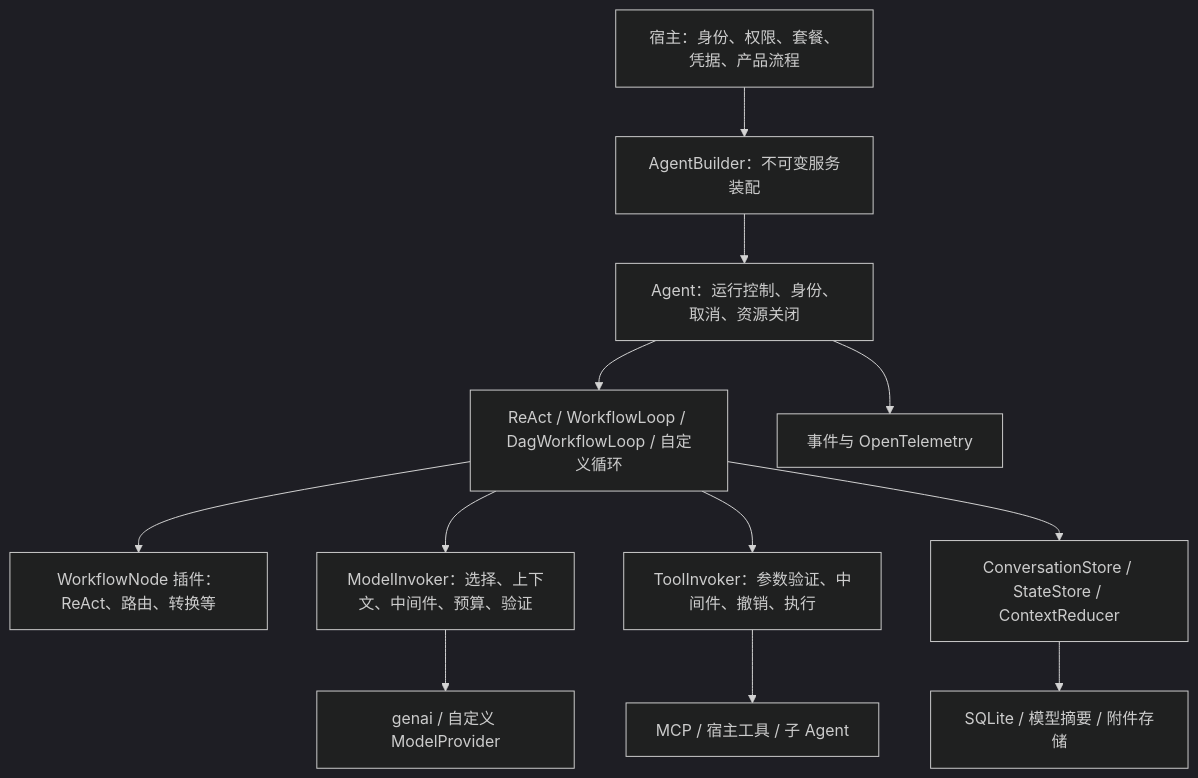
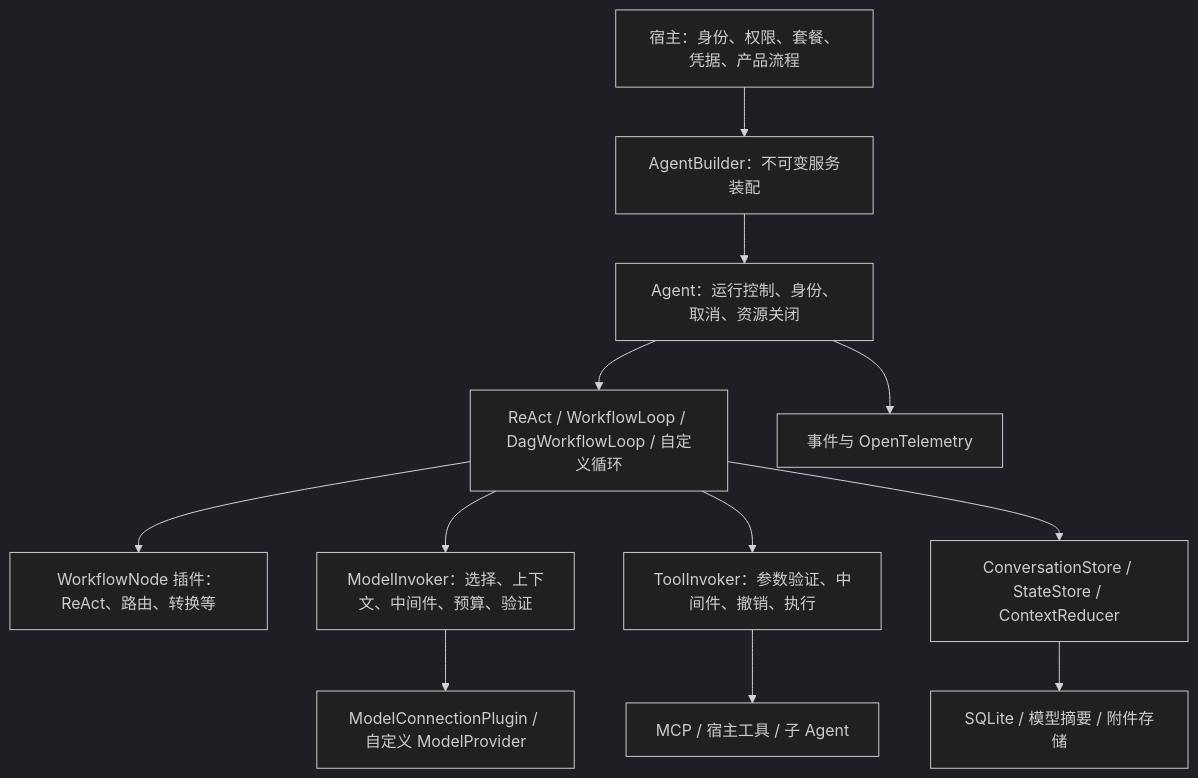
One commit to Penglai-Link/eliteforge-agent-framework changed the diagram in README.md. Above: the diagram before and after it, drawn with Mermaid (dark theme). The commit also changed other lines of this file and 4 other files, not shown here.

Commit message:
docs: clarify architecture and plugin usage

````diff
--- a/README.md
+++ b/README.md
@@ -5,14 +5,14 @@
 ```mermaid
 flowchart TD
     Host[宿主：身份、权限、套餐、凭据、产品流程] --> Build[AgentBuilder：不可变服务装配]
     Build --> Agent[Agent：运行控制、身份、取消、资源关闭]
     Agent --> Loop[ReAct / WorkflowLoop / DagWorkflowLoop / 自定义循环]
     Loop --> Nodes[WorkflowNode 插件：ReAct、路由、转换等]
     Loop --> Models[ModelInvoker：选择、上下文、中间件、预算、验证]
     Loop --> Tools[ToolInvoker：参数验证、中间件、撤销、执行]
-    Models --> ModelPlugins[genai / 自定义 ModelProvider]
+    Models --> ModelPlugins[ModelConnectionPlugin / 自定义 ModelProvider]
     Tools --> ToolPlugins[MCP / 宿主工具 / 子 Agent]
     Loop --> State[ConversationStore / StateStore / ContextReducer]
     State --> Implementations[SQLite / 模型摘要 / 附件存储]
     Agent --> Telemetry[事件与 OpenTelemetry]
 ```
````
